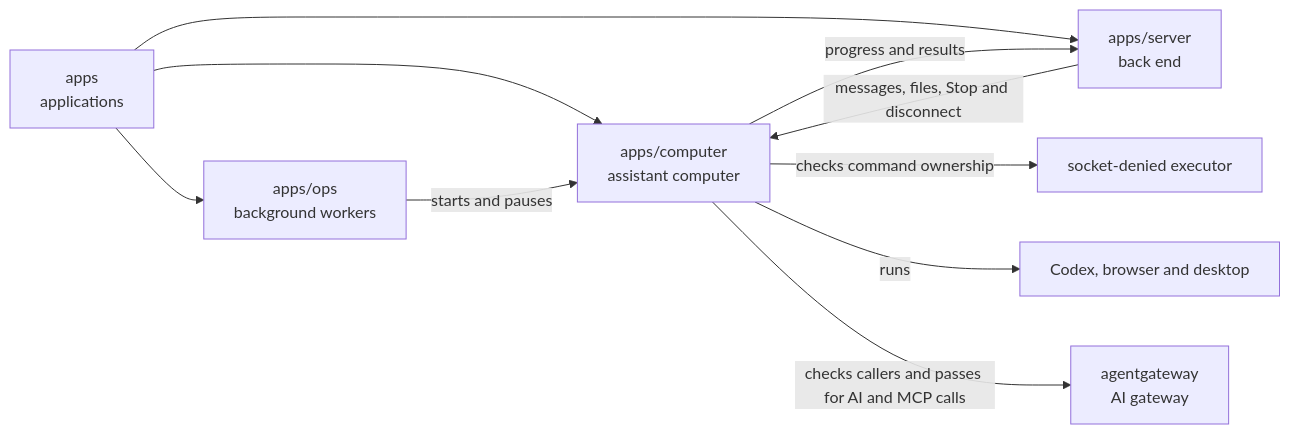
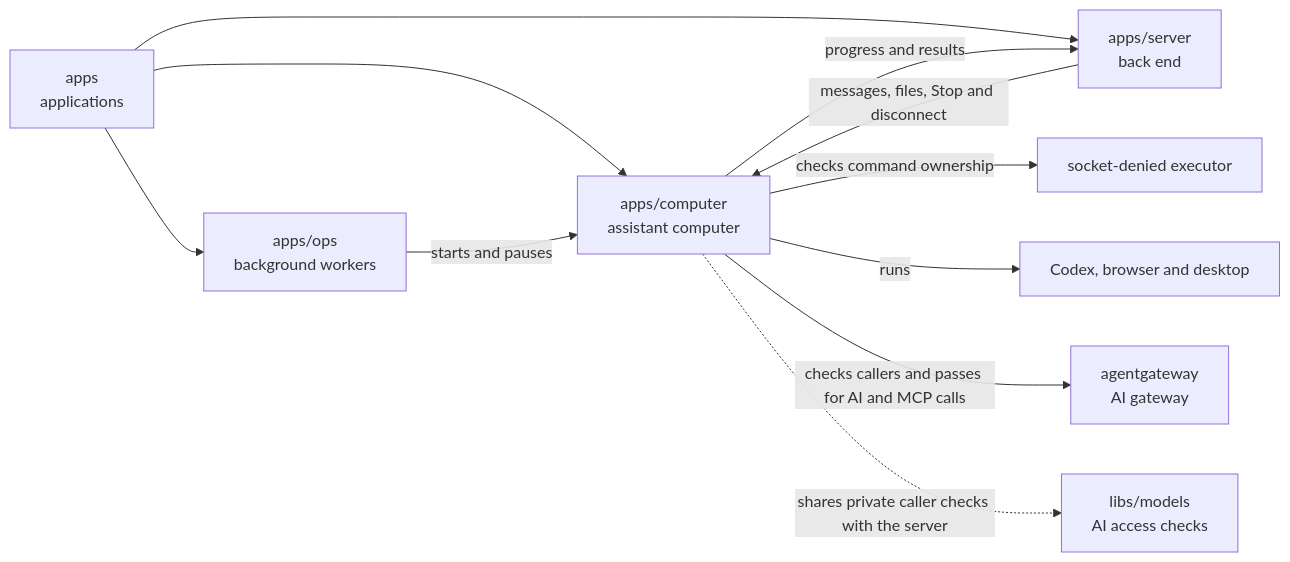
Before and after one commit to elewa-git/opencrane-new: the diagram in apps/computer/README.md, drawn with Mermaid. The commit also changed other lines of this file and 14 other files, not shown here.

````diff
--- a/apps/computer/README.md
+++ b/apps/computer/README.md
@@ -16,12 +16,13 @@
 ```mermaid
 flowchart LR
   apps["apps<br/>applications"] --> computer["apps/computer<br/>assistant computer"]
   apps --> ops["apps/ops<br/>background workers"]
   apps --> server["apps/server<br/>back end"]
   ops -->|starts and pauses| computer
   server -->|messages, files, Stop and disconnect| computer
   computer -->|progress and results| server
   computer -->|checks command ownership| executor["socket-denied executor"]
   computer -->|runs| desktop["Codex, browser and desktop"]
   computer -->|checks callers and passes for AI and MCP calls| gateway["agentgateway<br/>AI gateway"]
+  computer -.->|shares private caller checks with the server| models["libs/models<br/>AI access checks"]
 ```
````
